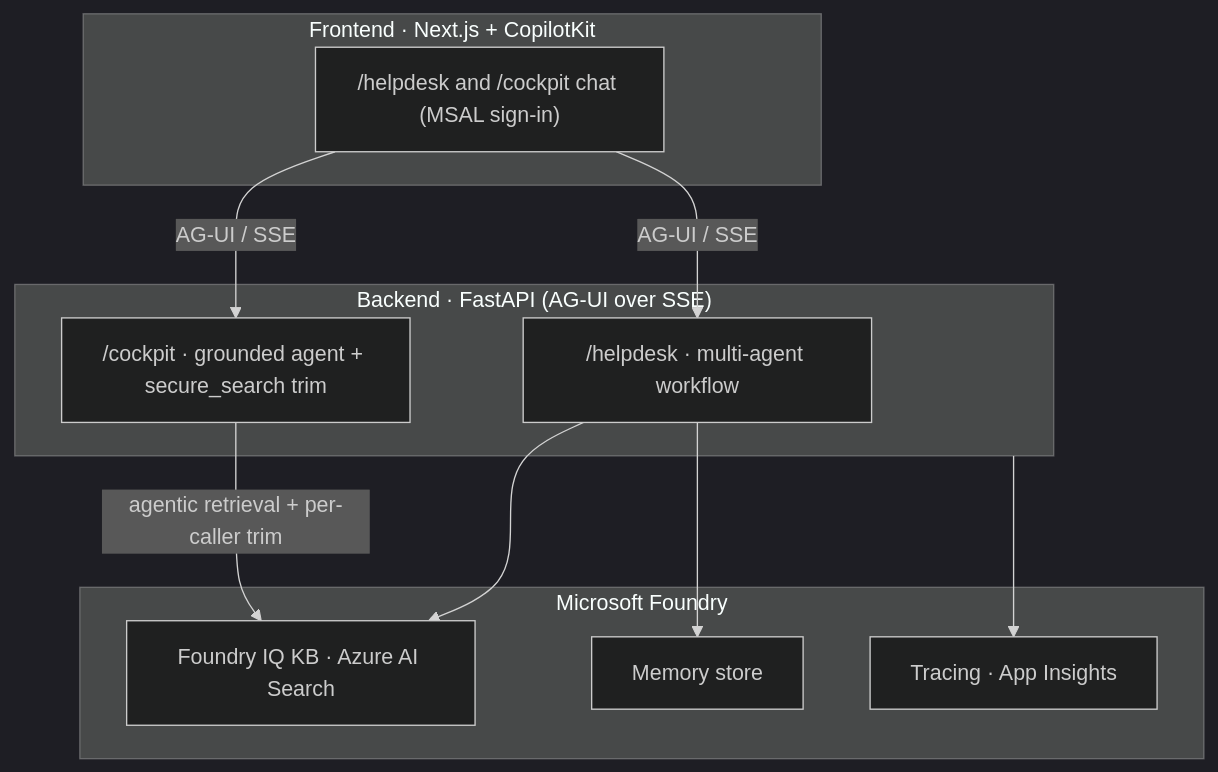
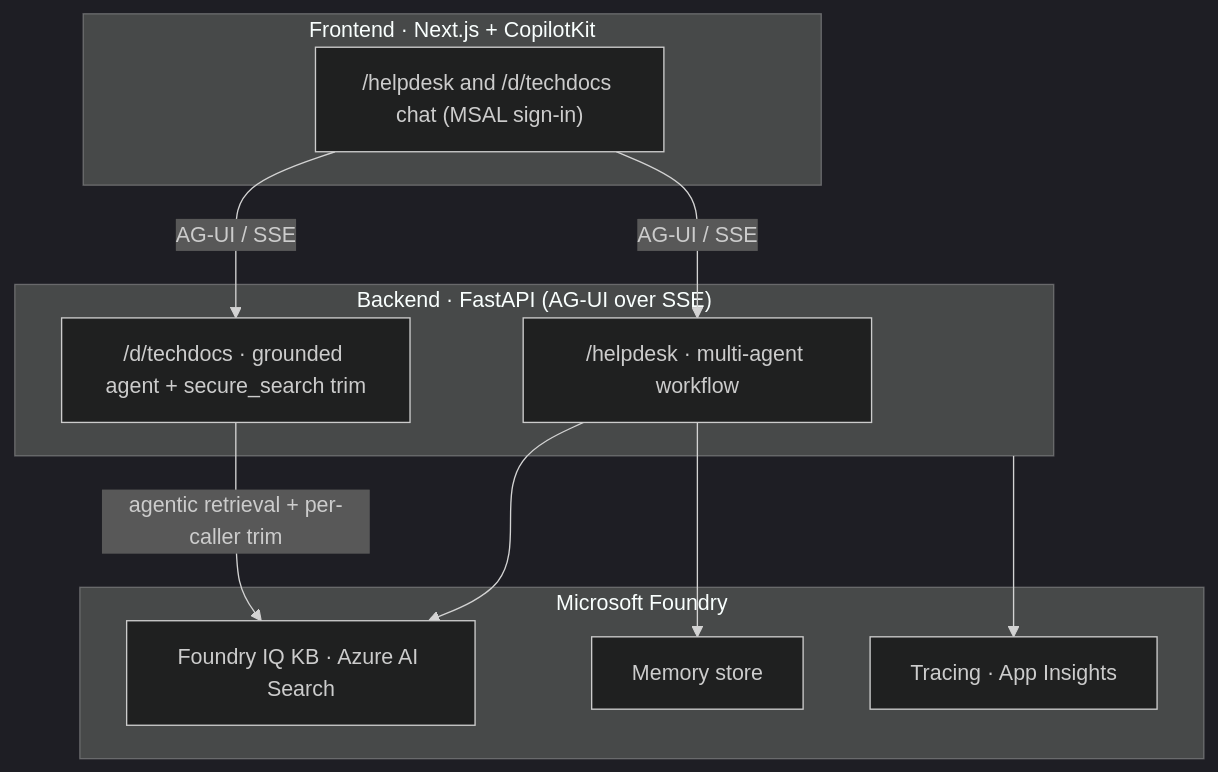
One commit to ruinosus/foundry-assured changed the first of 4 diagrams in docs/METHOD.md. Above: the diagram before and after it, drawn with Mermaid (dark theme). The commit also changed other lines of this file and 20 other files, not shown here.

````diff
--- a/docs/METHOD.md
+++ b/docs/METHOD.md
@@ -34,21 +34,21 @@
 ```mermaid
 flowchart TB
   subgraph FE["Frontend · Next.js + CopilotKit"]
-    UI["/helpdesk and /cockpit chat (MSAL sign-in)"]
+    UI["/helpdesk and /d/techdocs chat (MSAL sign-in)"]
   end
   subgraph BE["Backend · FastAPI (AG-UI over SSE)"]
     WF["/helpdesk · multi-agent workflow"]
-    CK["/cockpit · grounded agent + secure_search trim"]
+    CK["/d/techdocs · grounded agent + secure_search trim"]
   end
   subgraph FDY["Microsoft Foundry"]
     KB["Foundry IQ KB · Azure AI Search"]
     MEM["Memory store"]
     OBS["Tracing · App Insights"]
   end
   UI -->|"AG-UI / SSE"| WF
   UI -->|"AG-UI / SSE"| CK
   WF --> KB
   CK -->|"agentic retrieval + per-caller trim"| KB
   WF --> MEM
   BE --> OBS
 ```
````
